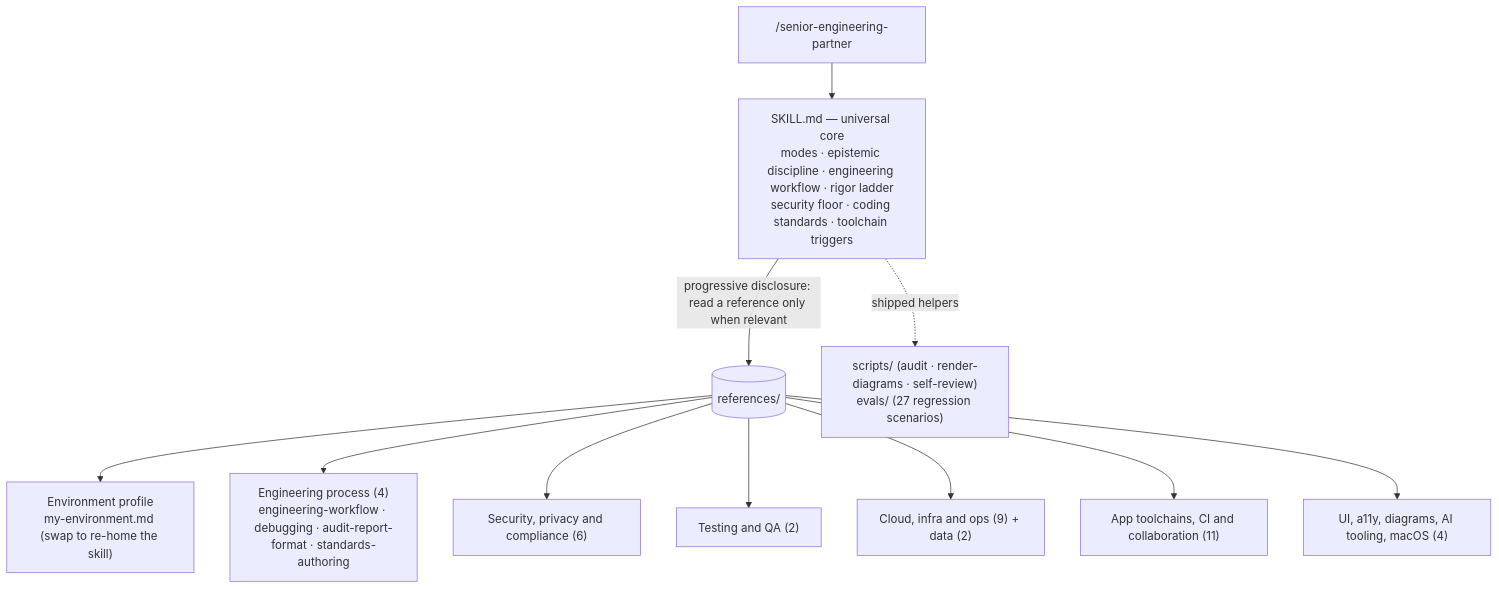
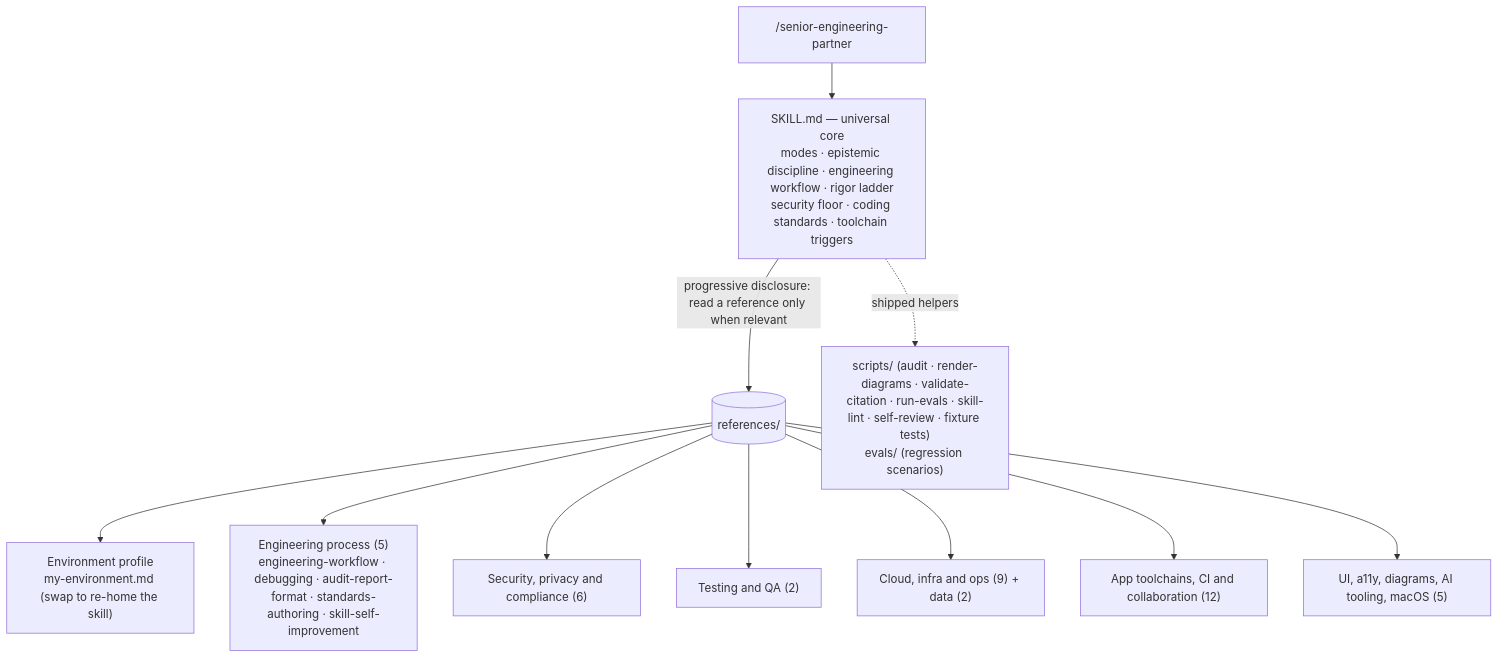
Before and after one commit to paulchangmckay/brain: the first of 3 diagrams in docs-site/content/skills/senior-engineering-partner/README.md, drawn with Mermaid. The commit also changed other lines of this file and 45 other files, not shown here.

````diff
--- a/docs-site/content/skills/senior-engineering-partner/README.md
+++ b/docs-site/content/skills/senior-engineering-partner/README.md
@@ -76,14 +106,14 @@
 ```mermaid
 flowchart TD
     U["/senior-engineering-partner"] --> C
     C["SKILL.md — universal core<br/>modes · epistemic discipline · engineering workflow · rigor ladder<br/>security floor · coding standards · toolchain triggers"]
     C -->|"progressive disclosure: read a reference only when relevant"| R[(references/)]
-    C -.->|"shipped helpers"| K["scripts/ (audit · render-diagrams · self-review)<br/>evals/ (27 regression scenarios)"]
+    C -.->|"shipped helpers"| K["scripts/ (audit · render-diagrams · validate-citation · run-evals · skill-lint · self-review · fixture tests)<br/>evals/ (regression scenarios)"]
     R --> P["Environment profile<br/>my-environment.md (swap to re-home the skill)"]
-    R --> W["Engineering process (4)<br/>engineering-workflow · debugging · audit-report-format · standards-authoring"]
+    R --> W["Engineering process (5)<br/>engineering-workflow · debugging · audit-report-format · standards-authoring · skill-self-improvement"]
     R --> S["Security, privacy and compliance (6)"]
     R --> T["Testing and QA (2)"]
     R --> I["Cloud, infra and ops (9) + data (2)"]
-    R --> A["App toolchains, CI and collaboration (11)"]
-    R --> X["UI, a11y, diagrams, AI tooling, macOS (4)"]
+    R --> A["App toolchains, CI and collaboration (12)"]
+    R --> X["UI, a11y, diagrams, AI tooling, macOS (5)"]
 ```
````
